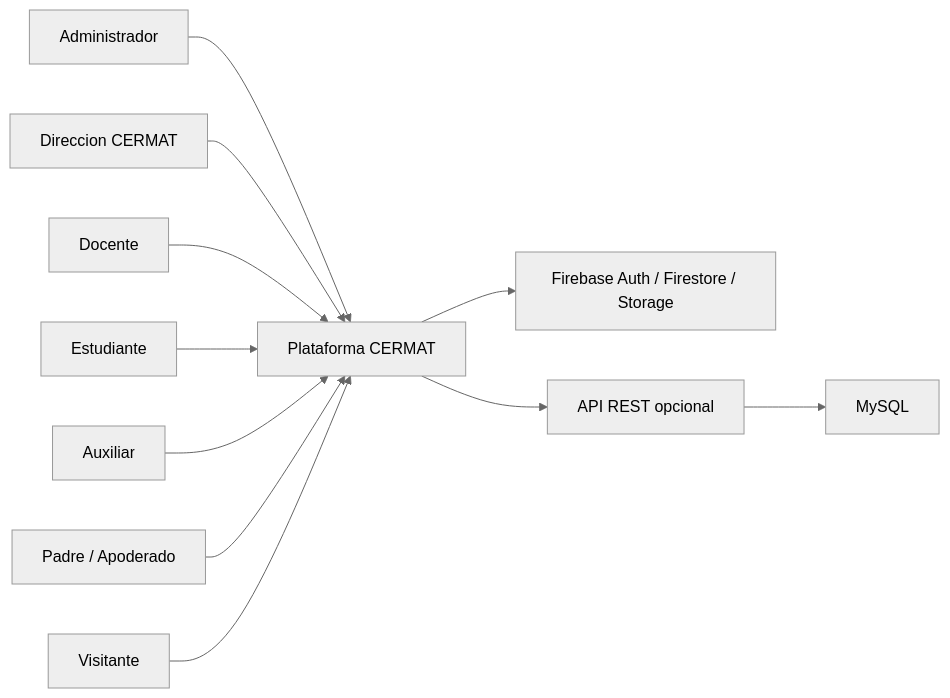
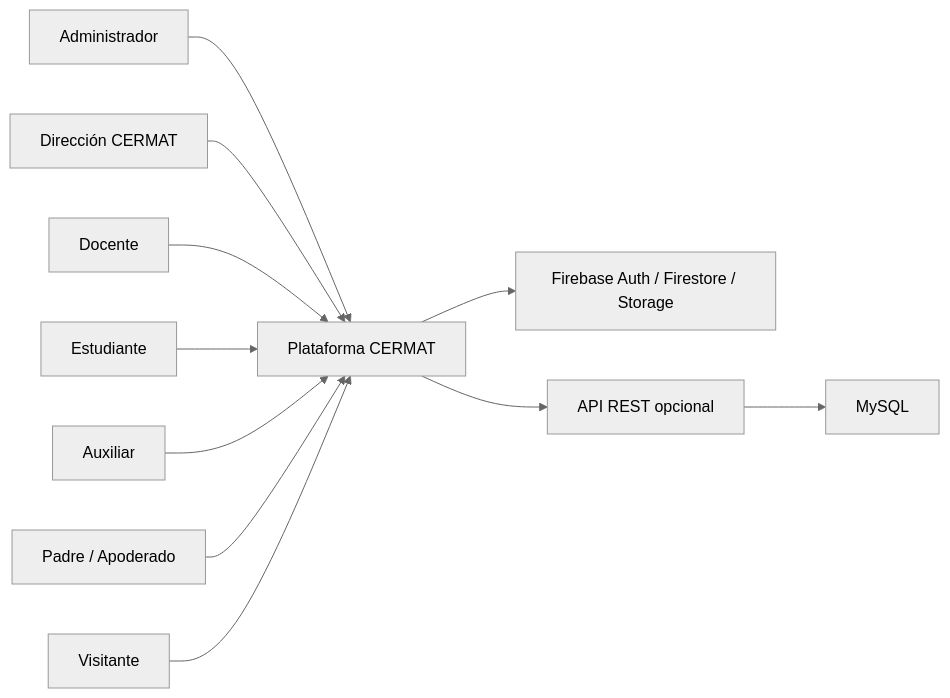
One commit to yucradavid/Perfil-de-egreso-Plataforma-Web-Integral-CERMAT changed the first of 2 diagrams in docs/brief-epe.md. Above: the diagram before and after it, drawn with Mermaid (neutral theme). The commit also changed other lines of this file and 50 other files, not shown here.

````diff
--- a/docs/brief-epe.md
+++ b/docs/brief-epe.md
@@ -58,13 +58,13 @@
 ```mermaid
 flowchart LR
   Admin["Administrador"] --> Plataforma["Plataforma CERMAT"]
-  Direccion["Direccion CERMAT"] --> Plataforma
+  Direccion["Dirección CERMAT"] --> Plataforma
   Docente["Docente"] --> Plataforma
   Estudiante["Estudiante"] --> Plataforma
   Auxiliar["Auxiliar"] --> Plataforma
   Padre["Padre / Apoderado"] --> Plataforma
   Visitante["Visitante"] --> Plataforma
   Plataforma --> Firebase["Firebase Auth / Firestore / Storage"]
   Plataforma --> API["API REST opcional"]
   API --> MySQL["MySQL"]
 ```
````
